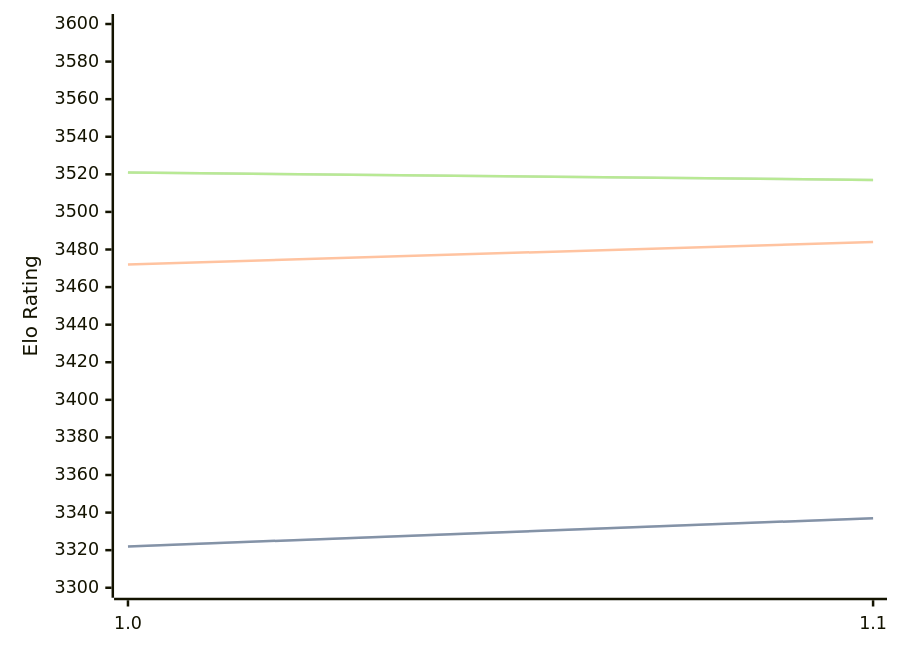
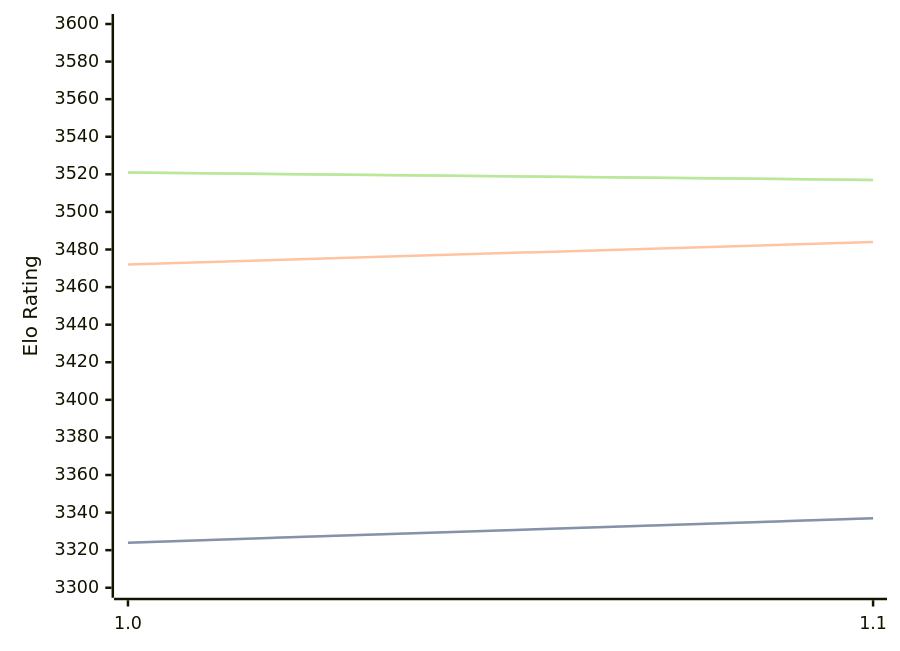
The diagram in engines/Horsie.md (computer-chess-index/cci), drawn with Mermaid before and after one commit. The commit also changed other lines of this file, not shown here.

````diff
--- a/engines/Horsie.md
+++ b/engines/Horsie.md
@@ -32,11 +32,11 @@
 ```mermaid
 %%{init: {"theme":"base","themeVariables":{"seriesColors:['#a3a3a3','#222221','#faa371']}}}%%
 xychart-beta
   x-axis ["1.0", "1.1"]
   y-axis "Elo Rating" 3300 --> 3600
-  line "STC (8.0+0.08s)" [3322, 3337]
-  line "STC (8.0+0.08s)" [3322, 3337]
+  line "STC (8.0+0.08s)" [3324, 3337]
+  line "STC (8.0+0.08s)" [3324, 3337]
   line "LTC (60.0+0.60s)" [3472, 3484]
   line "VLTC (2m24s+1.12s)" [3521, 3517]
   line "VLTC (2m24s+1.12s)" [3521, 3517]
 ```
````
